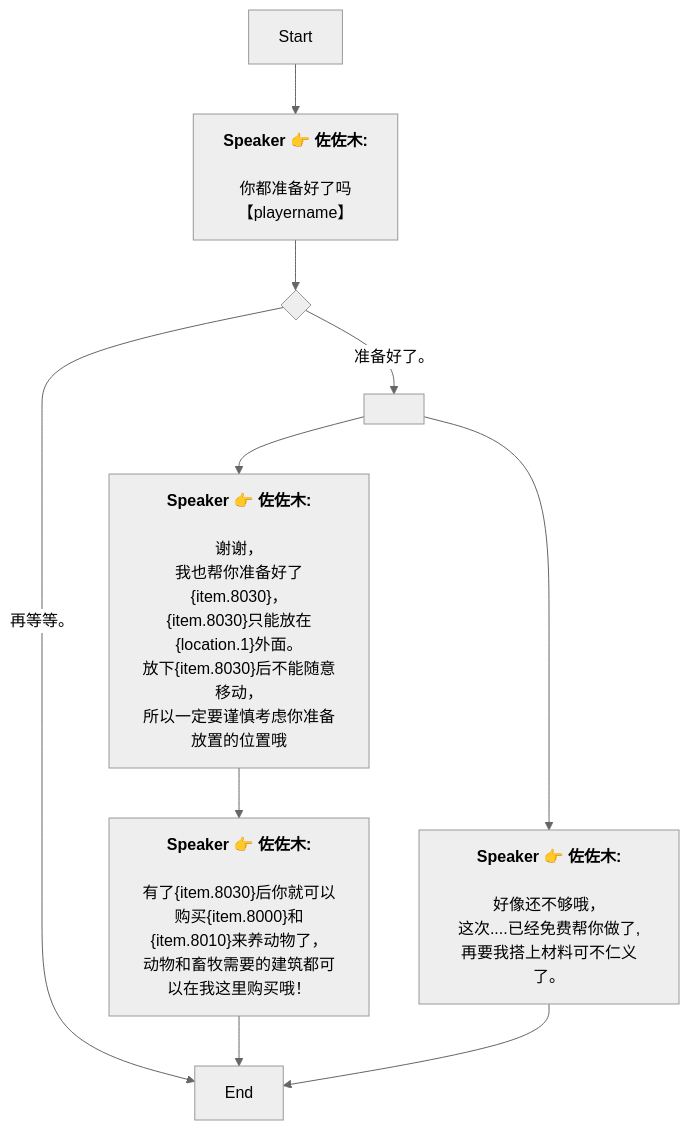
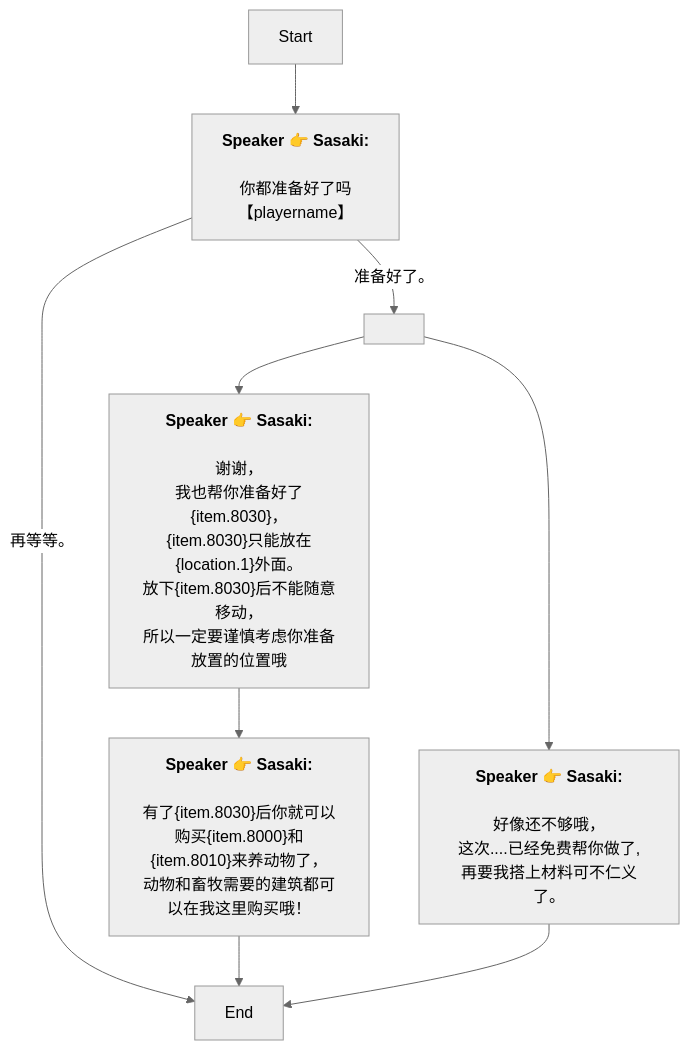
Before and after one commit to SoftHu/tos_avg: the diagram in Zh/QuestTalkObjectiveNode_1741370761464091.md, drawn with Mermaid (neutral theme). The commit also changed 737 other files, not shown here.

````diff
--- a/Zh/QuestTalkObjectiveNode_1741370761464091.md
+++ b/Zh/QuestTalkObjectiveNode_1741370761464091.md
@@ -1,29 +1,23 @@
 ```mermaid
 graph
-Start -->1741371176241438[<b>Speaker 👉 佐佐木:</b>
-
-你都准备好了吗
+Start -->1741371176241438[<b>Speaker 👉 Sasaki:</b>
+\n你都准备好了吗
 【playername】]
-1741371176241438 -->1741371194669343{ }
-1741371194669343 -->|准备好了。|1756425024283146[ ]
-1741371194669343 -->|再等等。|1756425180201483[End]
-1756425024283146 -->1741371646951720[<b>Speaker 👉 佐佐木:</b>
-
-谢谢，
+1741371176241438 -->|准备好了。|1756425024283146[ ]
+1741371176241438 -->|再等等。|1756425180201483[End]
+1756425024283146 -->1741371646951720[<b>Speaker 👉 Sasaki:</b>
+\n谢谢，
 我也帮你准备好了&lbrace;item.8030&rbrace;，
-&lbrace;item.8030&rbrace;只能放在&lbrace;location.1&rbrace;外面。
-放下&lbrace;item.8030&rbrace;后不能随意移动，
+&lbrace;item.8030&rbrace;只能放在&lbrace;location.1&rbrace;外面。\n放下&lbrace;item.8030&rbrace;后不能随意移动，
 所以一定要谨慎考虑你准备放置的位置哦]
-1756425024283146 -->1741371496490279[<b>Speaker 👉 佐佐木:</b>
-
-好像还不够哦，
+1756425024283146 -->1741371496490279[<b>Speaker 👉 Sasaki:</b>
+\n好像还不够哦，
 这次....已经免费帮你做了,
 再要我搭上材料可不仁义了。]
-1741371646951720 -->1741372937941290[<b>Speaker 👉 佐佐木:</b>
-
-有了&lbrace;item.8030&rbrace;后你就可以购买&lbrace;item.8000&rbrace;和&lbrace;item.8010&rbrace;来养动物了，
+1741371646951720 -->1741372937941290[<b>Speaker 👉 Sasaki:</b>
+\n有了&lbrace;item.8030&rbrace;后你就可以购买&lbrace;item.8000&rbrace;和&lbrace;item.8010&rbrace;来养动物了，
 动物和畜牧需要的建筑都可以在我这里购买哦！]
 1741372937941290 -->1756425180201483[End]
 1741371496490279 -->1756425180201483[End]
 
- ```
+```
````
